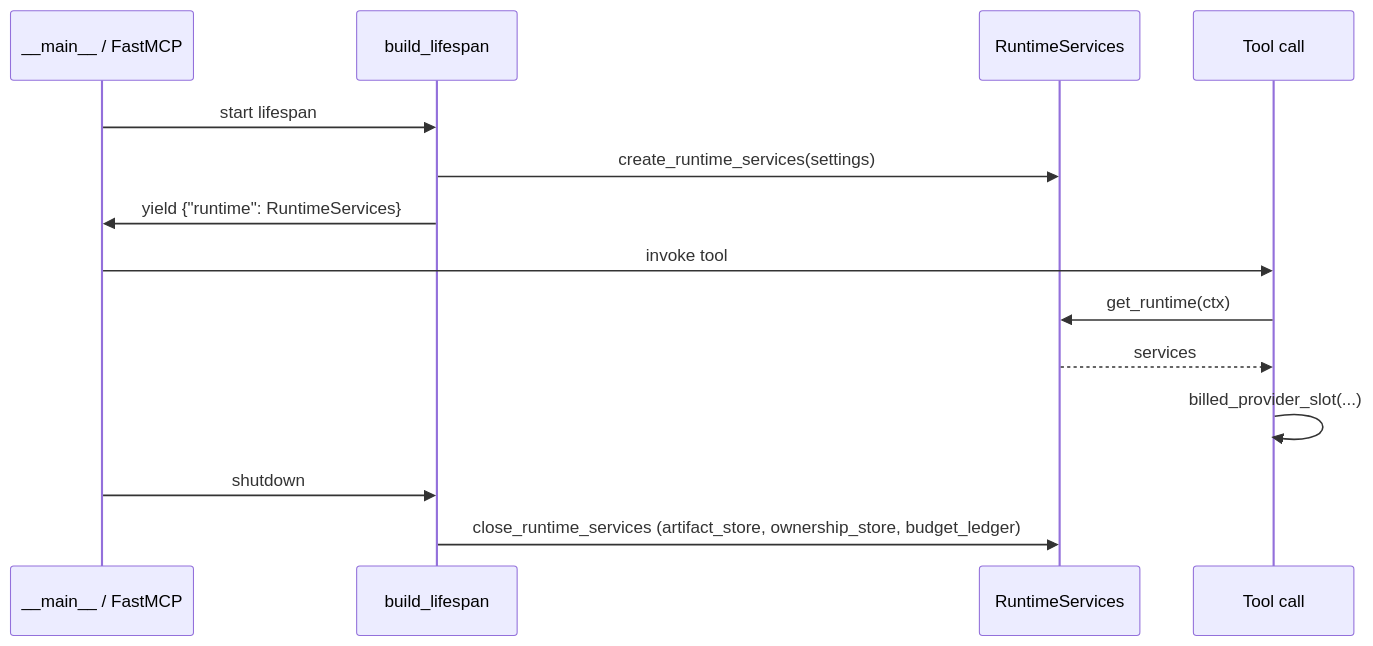
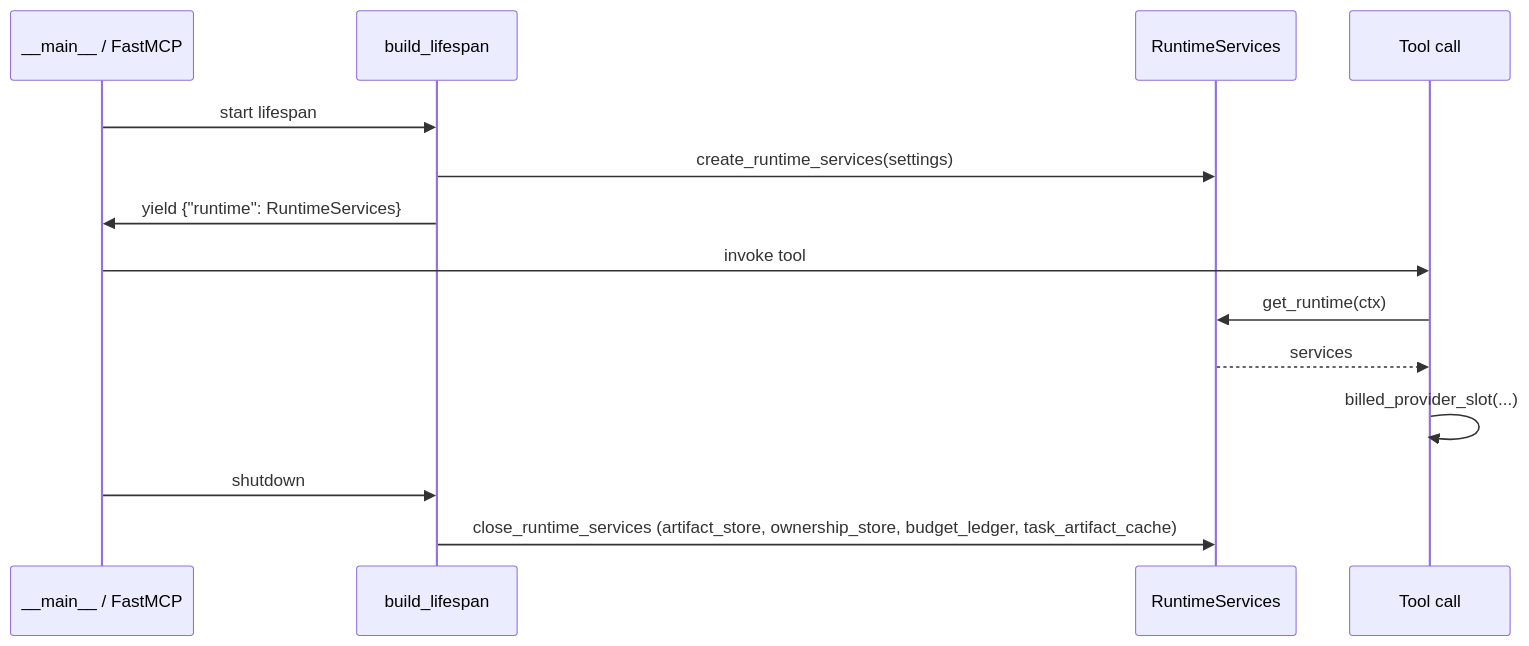
The second of 3 diagrams in docs/architecture.md (byteplus-sa/modelark-mcp), drawn with Mermaid before and after one commit. The commit also changed other lines of this file and 27 other files, not shown here.

````diff
--- a/docs/architecture.md
+++ b/docs/architecture.md
@@ -80,16 +80,16 @@
 ```mermaid
 sequenceDiagram
     participant M as __main__ / FastMCP
     participant L as build_lifespan
     participant R as RuntimeServices
     participant T as Tool call
     M->>L: start lifespan
     L->>R: create_runtime_services(settings)
     L->>M: yield {"runtime": RuntimeServices}
     M->>T: invoke tool
     T->>R: get_runtime(ctx)
     R-->>T: services
     T->>T: billed_provider_slot(...)
     M->>L: shutdown
-    L->>R: close_runtime_services (artifact_store, ownership_store, budget_ledger)
+    L->>R: close_runtime_services (artifact_store, ownership_store, budget_ledger, task_artifact_cache)
 ```
````
